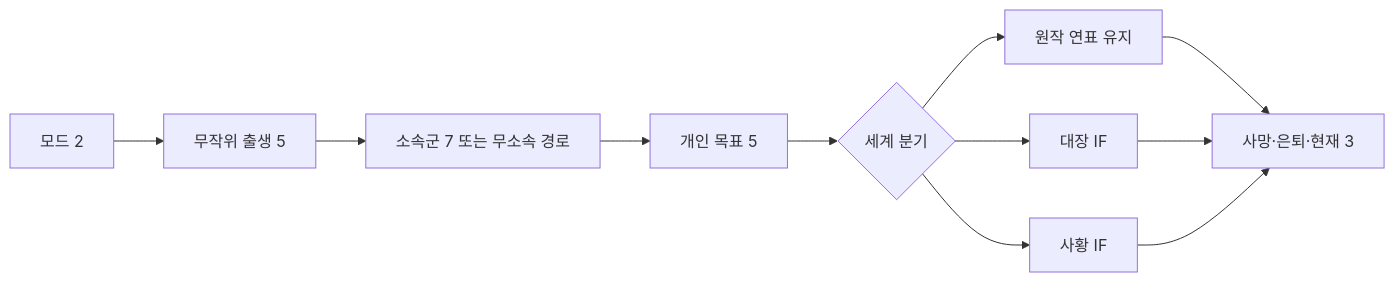
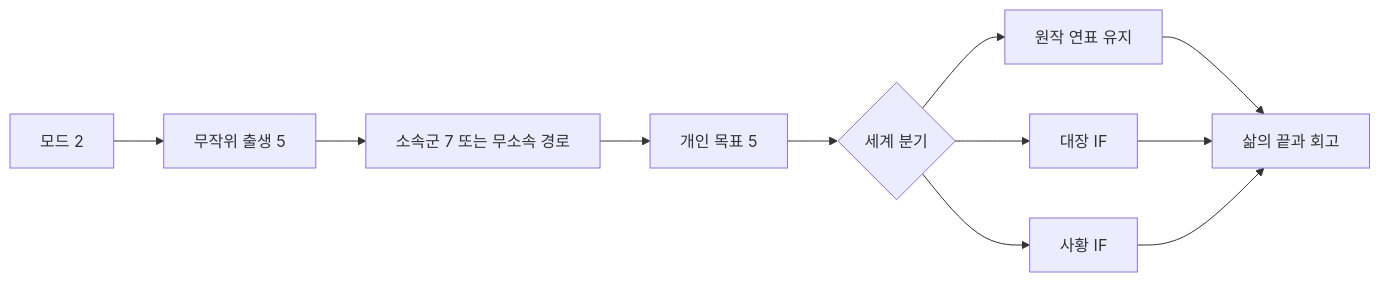
The diagram in docs/CONTENT_AUDIT.md (MinSung0732/lifeGameForOnePice), drawn with Mermaid before and after one commit. The commit also changed other lines of this file and 15 other files, not shown here.

````diff
--- a/docs/CONTENT_AUDIT.md
+++ b/docs/CONTENT_AUDIT.md
@@ -31,13 +31,13 @@
 ```mermaid
 flowchart LR
   A[모드 2] --> B[무작위 출생 5]
   B --> C[소속군 7 또는 무소속 경로]
   C --> D[개인 목표 5]
   D --> E{세계 분기}
   E --> F[원작 연표 유지]
   E --> G[대장 IF]
   E --> H[사황 IF]
-  F --> I[사망·은퇴·현재 3]
+  F --> I[삶의 끝과 회고]
   G --> I
   H --> I
 ```
````
